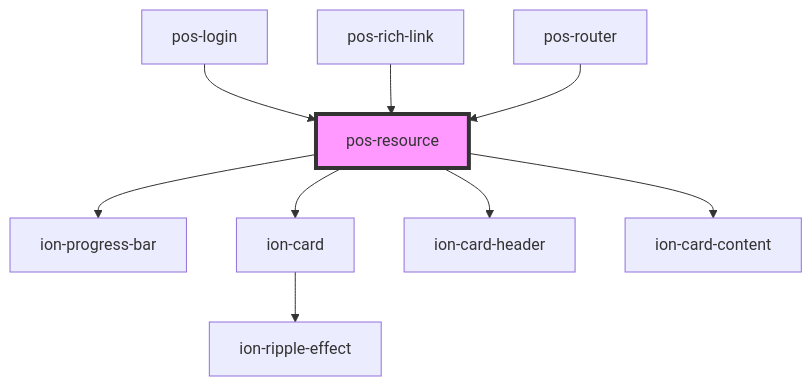
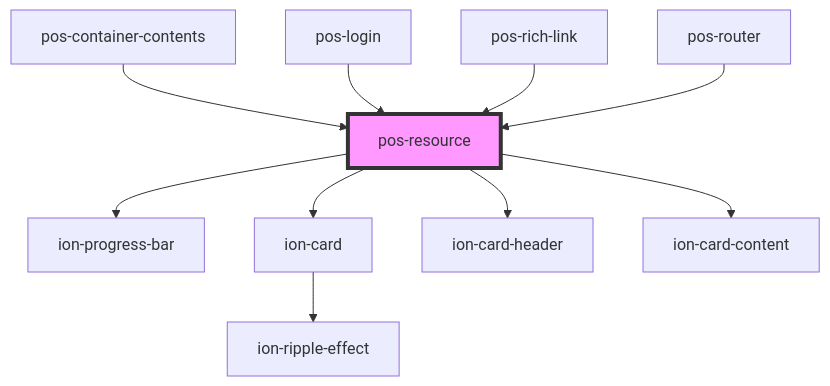
One commit to pod-os/PodOS changed the diagram in docs/elements/components/pos-resource/readme.md. Above: the diagram before and after it, drawn with Mermaid. The commit also changed other lines of this file and 8 other files, not shown here.

````diff
--- a/docs/elements/components/pos-resource/readme.md
+++ b/docs/elements/components/pos-resource/readme.md
@@ -52,12 +53,13 @@
 ```mermaid
 graph TD;
   pos-resource --> ion-progress-bar
   pos-resource --> ion-card
   pos-resource --> ion-card-header
   pos-resource --> ion-card-content
   ion-card --> ion-ripple-effect
+  pos-container-contents --> pos-resource
   pos-login --> pos-resource
   pos-rich-link --> pos-resource
   pos-router --> pos-resource
   style pos-resource fill:#f9f,stroke:#333,stroke-width:4px
 ```
````
